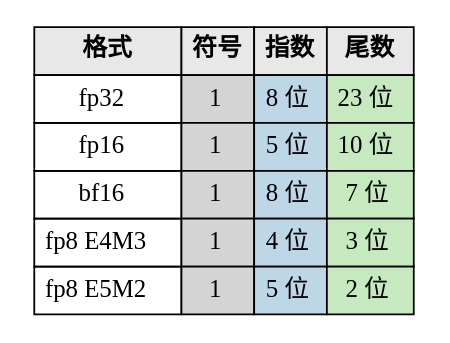
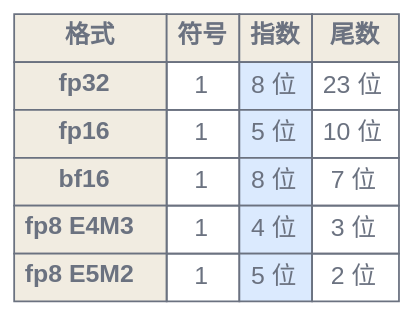
The third of 4 diagrams in zh/p1-foundations/08-training-at-scale.qmd (latere-ai/ai-as-an-infrastructure), drawn with Graphviz before and after one commit. The commit also changed other lines of this file and 186 other files, not shown here.

First line of the commit message:
book: visual audit pass on all diagrams and figures

````diff
--- a/zh/p1-foundations/08-training-at-scale.qmd
+++ b/zh/p1-foundations/08-training-at-scale.qmd
@@ -123,18 +125,19 @@
 ```{dot}
 //| label: fig-training-precision
 //| fig-cap: "各训练精度的位布局。符号、指数与尾数字段按宽度绘制。bf16 继承了 fp32 的八个指数位，这正是它无需损失缩放即可跨越相同范围的原因。"
 digraph precision {
+  bgcolor="transparent";
   rankdir=LR;
-  node [shape=plaintext];
+  node [shape=plaintext, fontname="Helvetica", fontcolor="#6b7280"];
   t [label=<
-    <table border="0" cellborder="1" cellspacing="0" cellpadding="5">
-      <tr><td bgcolor="#e8e8e8"><b>格式</b></td><td bgcolor="#e8e8e8"><b>符号</b></td><td bgcolor="#e8e8e8"><b>指数</b></td><td bgcolor="#e8e8e8"><b>尾数</b></td></tr>
-      <tr><td>fp32</td><td bgcolor="#d4d4d4">1</td><td bgcolor="#bdd7e7">8 位</td><td bgcolor="#c7e9c0">23 位</td></tr>
-      <tr><td>fp16</td><td bgcolor="#d4d4d4">1</td><td bgcolor="#bdd7e7">5 位</td><td bgcolor="#c7e9c0">10 位</td></tr>
-      <tr><td>bf16</td><td bgcolor="#d4d4d4">1</td><td bgcolor="#bdd7e7">8 位</td><td bgcolor="#c7e9c0">7 位</td></tr>
-      <tr><td>fp8 E4M3</td><td bgcolor="#d4d4d4">1</td><td bgcolor="#bdd7e7">4 位</td><td bgcolor="#c7e9c0">3 位</td></tr>
-      <tr><td>fp8 E5M2</td><td bgcolor="#d4d4d4">1</td><td bgcolor="#bdd7e7">5 位</td><td bgcolor="#c7e9c0">2 位</td></tr>
+    <table border="0" cellborder="1" cellspacing="0" cellpadding="5" color="#6b7280">
+      <tr><td bgcolor="#f1ece1"><b>格式</b></td><td bgcolor="#f1ece1"><b>符号</b></td><td bgcolor="#f1ece1"><b>指数</b></td><td bgcolor="#f1ece1"><b>尾数</b></td></tr>
+      <tr><td bgcolor="#f1ece1"><b>fp32</b></td><td>1</td><td bgcolor="#dbeafe">8 位</td><td>23 位</td></tr>
+      <tr><td bgcolor="#f1ece1"><b>fp16</b></td><td>1</td><td bgcolor="#dbeafe">5 位</td><td>10 位</td></tr>
+      <tr><td bgcolor="#f1ece1"><b>bf16</b></td><td>1</td><td bgcolor="#dbeafe">8 位</td><td>7 位</td></tr>
+      <tr><td bgcolor="#f1ece1"><b>fp8 E4M3</b></td><td>1</td><td bgcolor="#dbeafe">4 位</td><td>3 位</td></tr>
+      <tr><td bgcolor="#f1ece1"><b>fp8 E5M2</b></td><td>1</td><td bgcolor="#dbeafe">5 位</td><td>2 位</td></tr>
     </table>
   >];
 }
 ```
````
